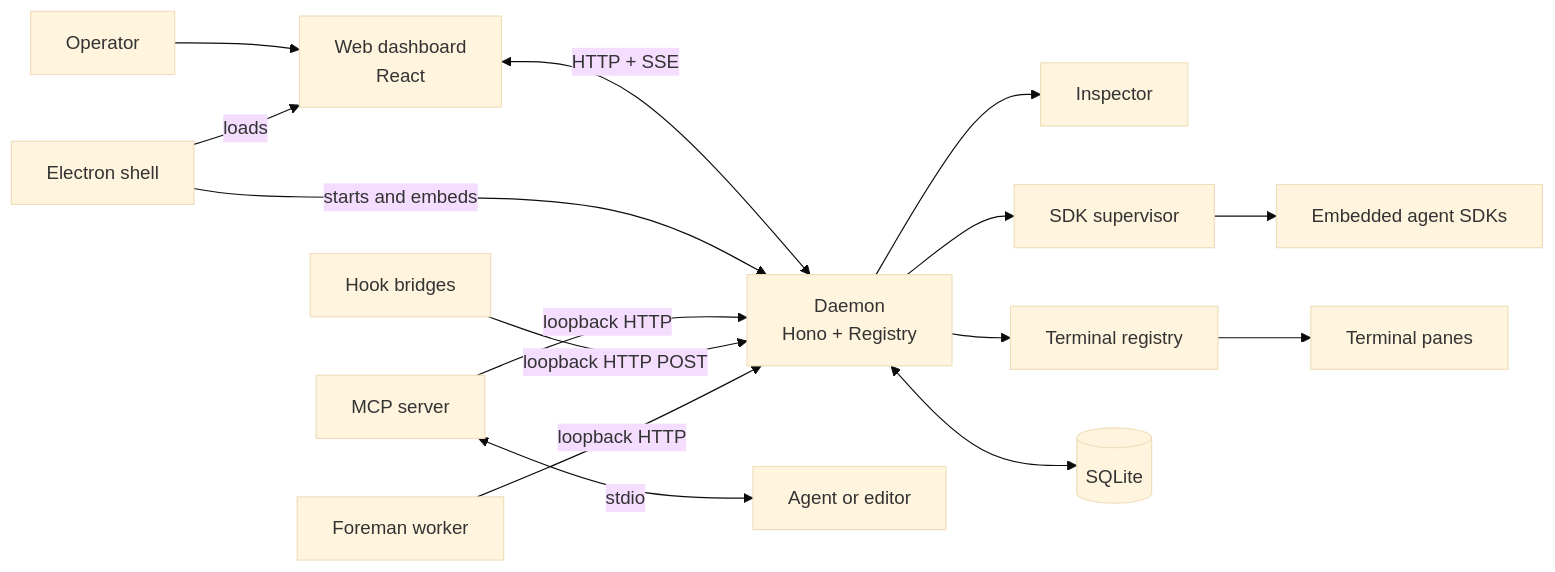
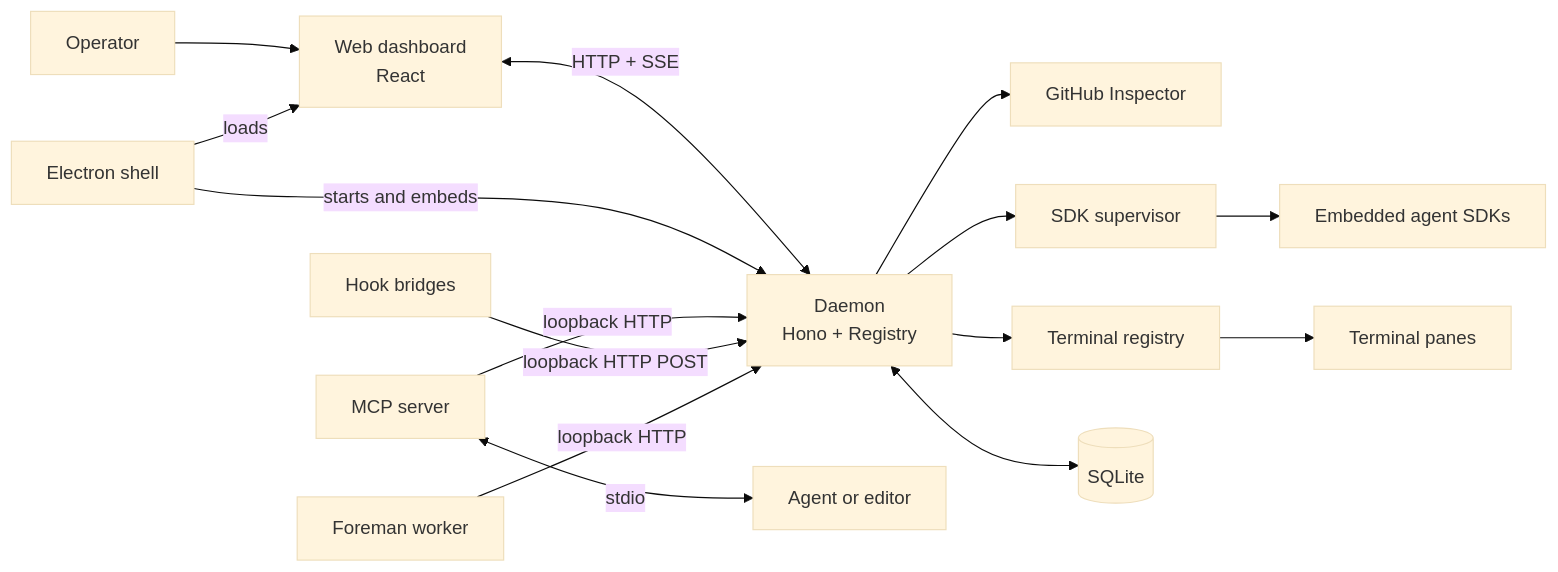
One commit to teamupstart/mission-control changed the diagram in docs/architecture.md. Above: the diagram before and after it, drawn with Mermaid (base theme). The commit also changed other lines of this file and 101 other files, not shown here.

````diff
--- a/docs/architecture.md
+++ b/docs/architecture.md
@@ -8,17 +8,17 @@
 ```mermaid
 flowchart LR
   operator[Operator] --> dashboard[Web dashboard\nReact]
   dashboard <-->|HTTP + SSE| daemon[Daemon\nHono + Registry]
   electron[Electron shell] -->|starts and embeds| daemon
   electron -->|loads| dashboard
   mcp[MCP server] <-->|stdio| agent[Agent or editor]
   mcp -->|loopback HTTP| daemon
   hooks[Hook bridges] -->|loopback HTTP POST| daemon
   foreman[Foreman worker] -->|loopback HTTP| daemon
-  daemon --> inspector[Inspector]
+  daemon --> inspector[GitHub Inspector]
   daemon --> sdk[SDK supervisor]
   daemon --> terminal[Terminal registry]
   sdk --> agents[Embedded agent SDKs]
   terminal --> panes[Terminal panes]
   daemon <--> db[(SQLite)]
 ```
````
